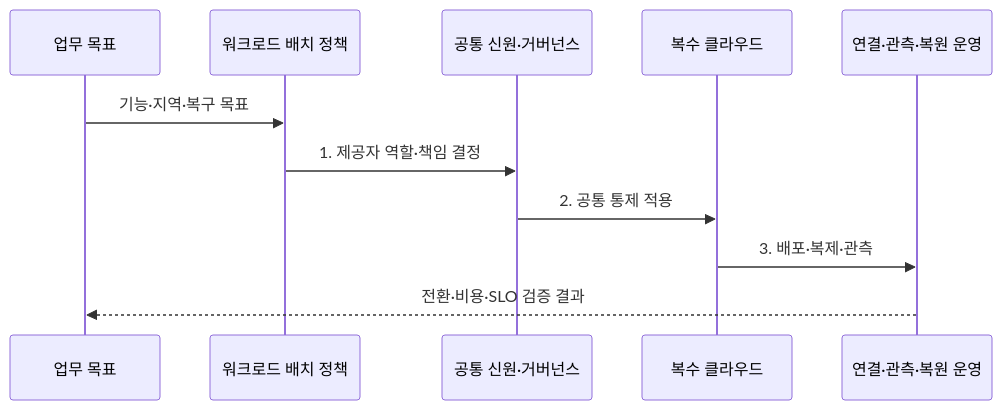
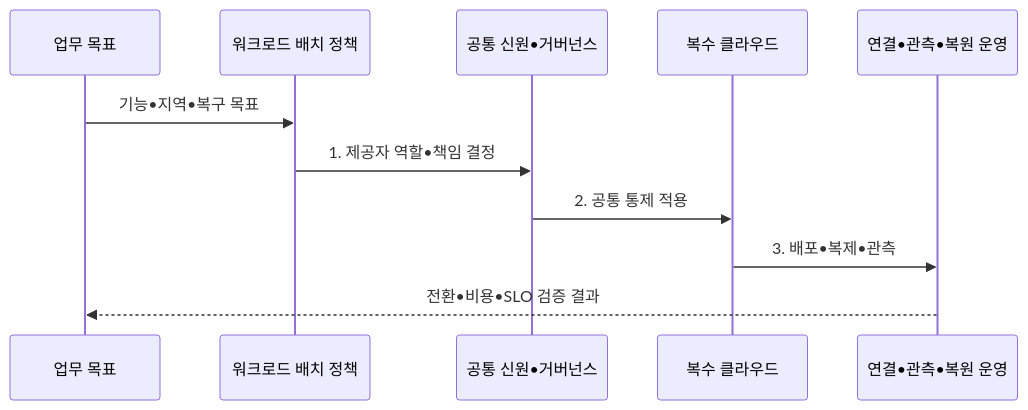
Before and after one commit to agnusdei1207/knowledge-base: the second of 2 diagrams in src/content/docs/notes/08-latest-tech/180_multi_cloud.md, drawn with Mermaid. The commit also changed other lines of this file and 953 other files, not shown here.

````diff
--- a/src/content/docs/notes/08-latest-tech/180_multi_cloud.md
+++ b/src/content/docs/notes/08-latest-tech/180_multi_cloud.md
@@ -101,13 +101,13 @@
 ```mermaid
 sequenceDiagram
   participant B as 업무 목표
   participant P as 워크로드 배치 정책
-  participant G as 공통 신원·거버넌스
+  participant G as 공통 신원•거버넌스
   participant C as 복수 클라우드
-  participant O as 연결·관측·복원 운영
-  B->>P: 기능·지역·복구 목표
-  P->>G: 1. 제공자 역할·책임 결정
+  participant O as 연결•관측•복원 운영
+  B->>P: 기능•지역•복구 목표
+  P->>G: 1. 제공자 역할•책임 결정
   G->>C: 2. 공통 통제 적용
-  C->>O: 3. 배포·복제·관측
-  O-->>B: 전환·비용·SLO 검증 결과
+  C->>O: 3. 배포•복제•관측
+  O-->>B: 전환•비용•SLO 검증 결과
 ```
````
